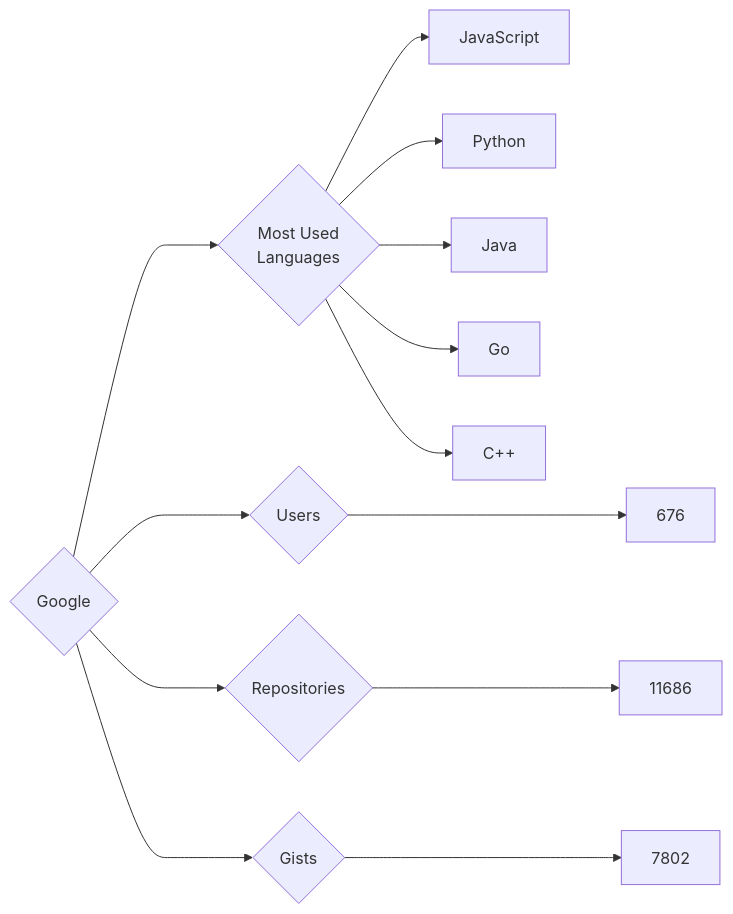
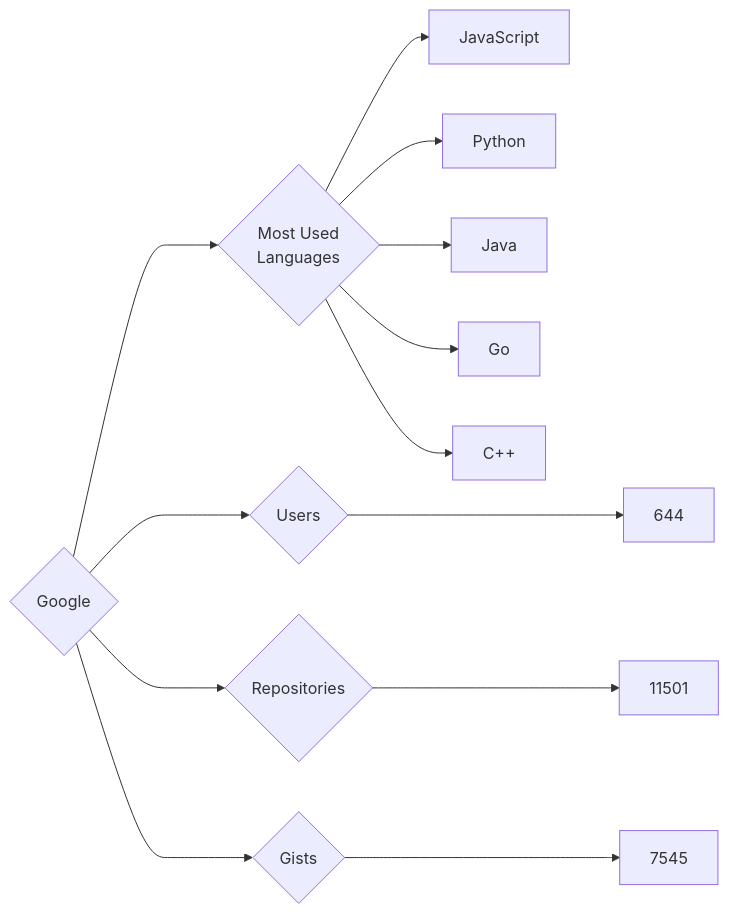
The diagram in targets/Google/README.md (trickest/insiders), drawn with Mermaid before and after one commit. The commit also changed 749 other files, not shown here.

````diff
--- a/targets/Google/README.md
+++ b/targets/Google/README.md
@@ -3,13 +3,13 @@
 ```mermaid
 graph LR
 COMPANY_NAME{Google}
-COMPANY_NAME ---> U{Users} ---> UN[676]
-COMPANY_NAME ---> R{Repositories} ---> RN[11686]
-COMPANY_NAME ---> G{Gists} ---> GN[7802]
+COMPANY_NAME ---> U{Users} ---> UN[644]
+COMPANY_NAME ---> R{Repositories} ---> RN[11501]
+COMPANY_NAME ---> G{Gists} ---> GN[7545]
 COMPANY_NAME ---> ML{Most Used<br>Languages}
 ML --> JavaScript[JavaScript]
 ML --> Python[Python]
 ML --> Java[Java]
 ML --> Go[Go]
 ML --> C++[C++]
 ```
````
